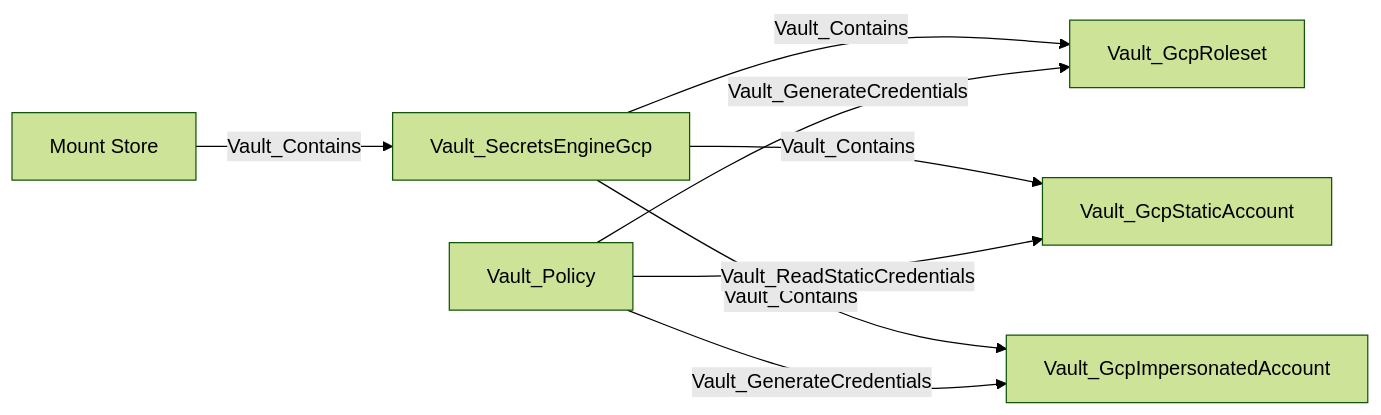
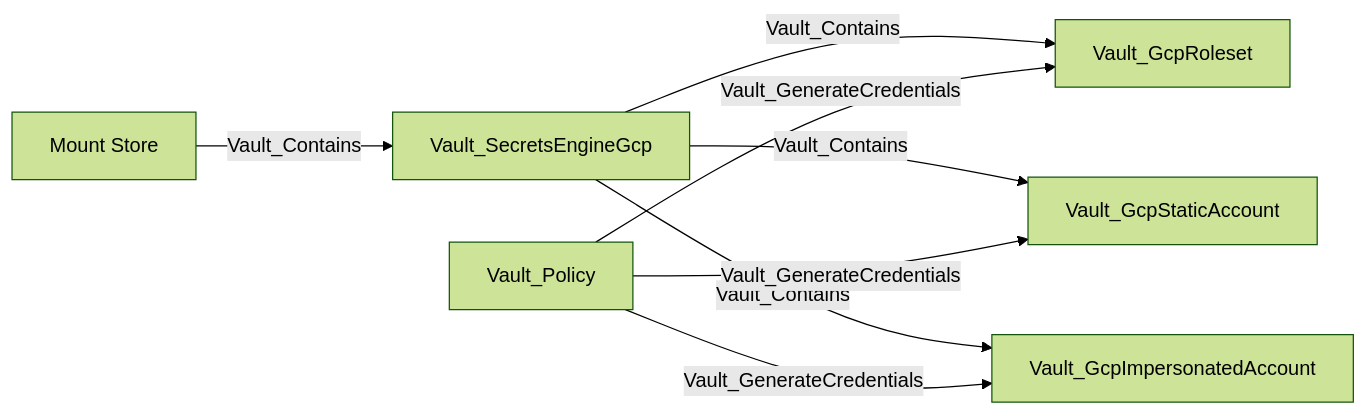
One commit to bytewreck/opengraph-vault changed the tenth of 29 diagrams in Documentation/stores/MOUNTS.md. Above: the diagram before and after it, drawn with Mermaid (forest theme). The commit also changed other lines of this file and 12 other files, not shown here.

````diff
--- a/Documentation/stores/MOUNTS.md
+++ b/Documentation/stores/MOUNTS.md
@@ -165,10 +160,10 @@
 ```mermaid
 flowchart LR
     store[Mount Store] -->|Vault_Contains| mount[Vault_SecretsEngineGcp]
     mount -->|Vault_Contains| roleset[Vault_GcpRoleset]
     mount -->|Vault_Contains| static[Vault_GcpStaticAccount]
     mount -->|Vault_Contains| impersonated[Vault_GcpImpersonatedAccount]
     policy[Vault_Policy] -->|Vault_GenerateCredentials| roleset
-    policy -->|Vault_ReadStaticCredentials| static
+    policy -->|Vault_GenerateCredentials| static
     policy -->|Vault_GenerateCredentials| impersonated
 ```
````
